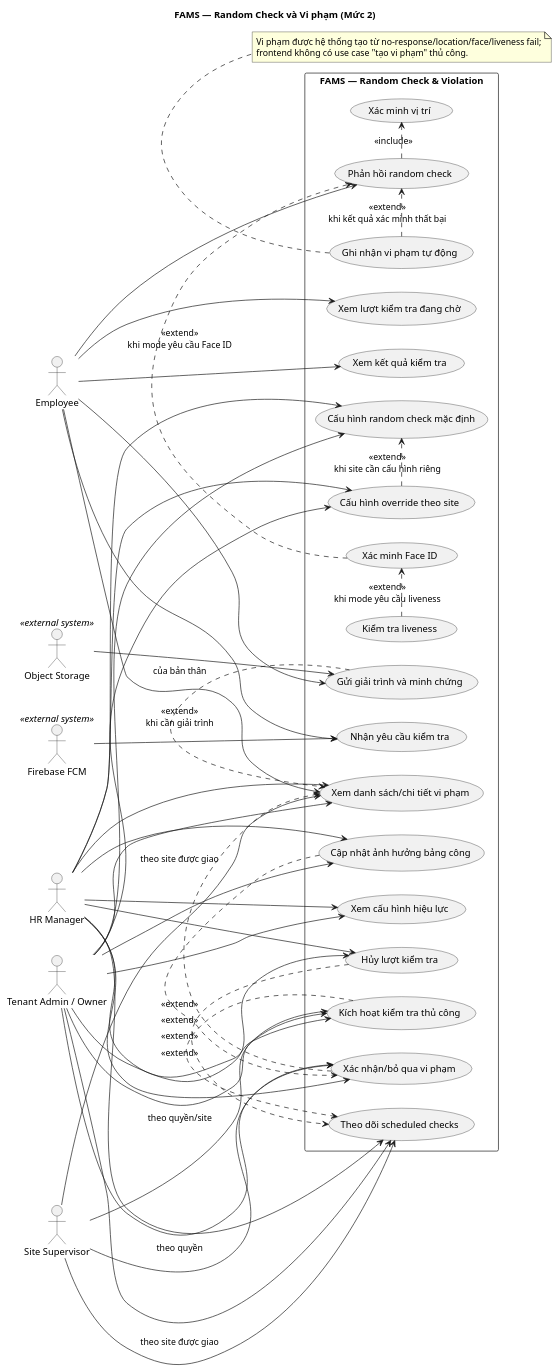
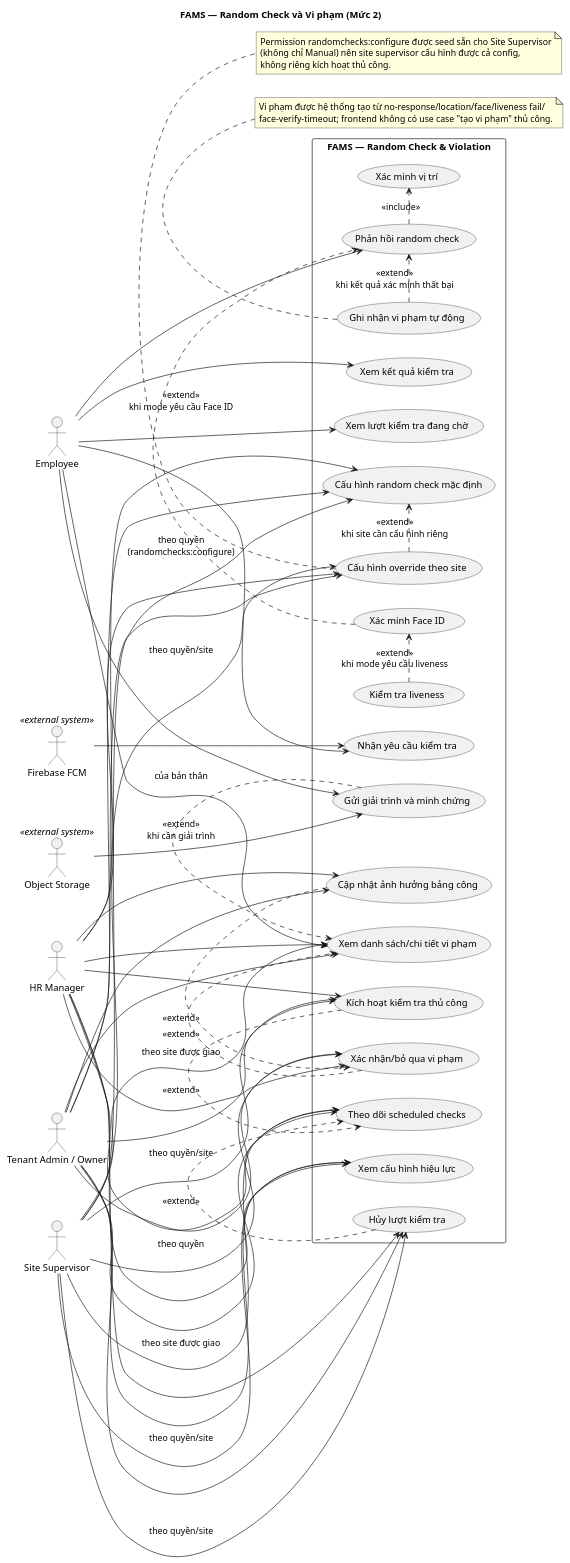
Before and after one commit to ZuyAnhIT/fams-backend-project: the diagram in docs/architecture/use-cases/07-random-check-violation.puml, drawn with PlantUML. The commit also changed 27 other files, not shown here.

```diff
--- a/docs/architecture/use-cases/07-random-check-violation.puml
+++ b/docs/architecture/use-cases/07-random-check-violation.puml
@@ -1,81 +1,91 @@
 @startuml FAMS_Random_Check_Violation
 title FAMS — Random Check và Vi phạm (Mức 2)
 left to right direction
 skinparam packageStyle rectangle
 skinparam shadowing false
 
 actor "Employee" as EE
 actor "Tenant Admin / Owner" as TA
 actor "HR Manager" as HR
 actor "Site Supervisor" as SS
 actor "Firebase FCM" as FCM <<external system>>
 actor "Object Storage" as Storage <<external system>>
 
 rectangle "FAMS — Random Check & Violation" {
   usecase "Cấu hình random check mặc định" as DefaultConfig
   usecase "Cấu hình override theo site" as SiteConfig
   usecase "Xem cấu hình hiệu lực" as EffectiveConfig
   usecase "Theo dõi scheduled checks" as Monitor
   usecase "Kích hoạt kiểm tra thủ công" as Manual
   usecase "Hủy lượt kiểm tra" as Cancel
   usecase "Nhận yêu cầu kiểm tra" as Receive
   usecase "Xem lượt kiểm tra đang chờ" as Pending
   usecase "Phản hồi random check" as Respond
   usecase "Xác minh vị trí" as Location
   usecase "Xác minh Face ID" as Face
   usecase "Kiểm tra liveness" as Liveness
   usecase "Xem kết quả kiểm tra" as Result
   usecase "Ghi nhận vi phạm tự động" as AutoViolation
   usecase "Xem danh sách/chi tiết vi phạm" as ViewViolation
   usecase "Gửi giải trình và minh chứng" as Explain
   usecase "Xác nhận/bỏ qua vi phạm" as Resolve
   usecase "Cập nhật ảnh hưởng bảng công" as AffectAttendance
 }
 
 TA --> DefaultConfig
 TA --> SiteConfig
 TA --> EffectiveConfig
 TA --> Monitor
 TA --> Manual
 TA --> Cancel
 TA --> ViewViolation
 TA --> Resolve
 TA --> AffectAttendance
 HR --> DefaultConfig
 HR --> SiteConfig
 HR --> EffectiveConfig
 HR --> Monitor
 HR --> Manual
 HR --> Cancel
 HR --> ViewViolation
 HR --> Resolve
 HR --> AffectAttendance
+SS --> DefaultConfig : theo quyền\n(randomchecks:configure)
+SS --> SiteConfig : theo quyền/site
+SS --> EffectiveConfig : theo quyền/site
 SS --> Monitor : theo site được giao
 SS --> Manual : theo quyền/site
+SS --> Cancel : theo quyền/site
 SS --> ViewViolation : theo site được giao
 SS --> Resolve : theo quyền
 EE --> Receive
 EE --> Pending
 EE --> Respond
 EE --> Result
 EE --> ViewViolation : của bản thân
 EE --> Explain
 
 SiteConfig .> DefaultConfig : <<extend>>\nkhi site cần cấu hình riêng
 Manual .> Monitor : <<extend>>
 Cancel .> Monitor : <<extend>>
 Respond .> Location : <<include>>
 Face .> Respond : <<extend>>\nkhi mode yêu cầu Face ID
 Liveness .> Face : <<extend>>\nkhi mode yêu cầu liveness
 AutoViolation .> Respond : <<extend>>\nkhi kết quả xác minh thất bại
 Explain .> ViewViolation : <<extend>>\nkhi cần giải trình
 Resolve .> ViewViolation : <<extend>>
 AffectAttendance .> Resolve : <<extend>>
 FCM --> Receive
 Storage --> Explain
 
 note bottom of AutoViolation
-  Vi phạm được hệ thống tạo từ no-response/location/face/liveness fail;
-  frontend không có use case "tạo vi phạm" thủ công.
+  Vi phạm được hệ thống tạo từ no-response/location/face/liveness fail/
+  face-verify-timeout; frontend không có use case "tạo vi phạm" thủ công.
+end note
+
+note bottom of SiteConfig
+  Permission randomchecks:configure được seed sẵn cho Site Supervisor
+  (không chỉ Manual) nên site supervisor cấu hình được cả config,
+  không riêng kích hoạt thủ công.
 end note
 @enduml
```
